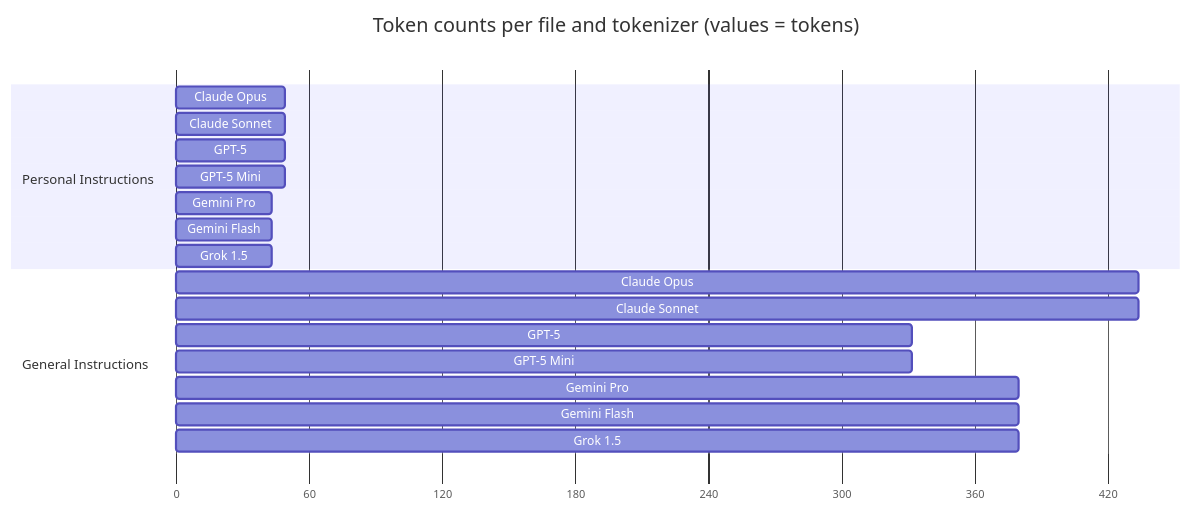
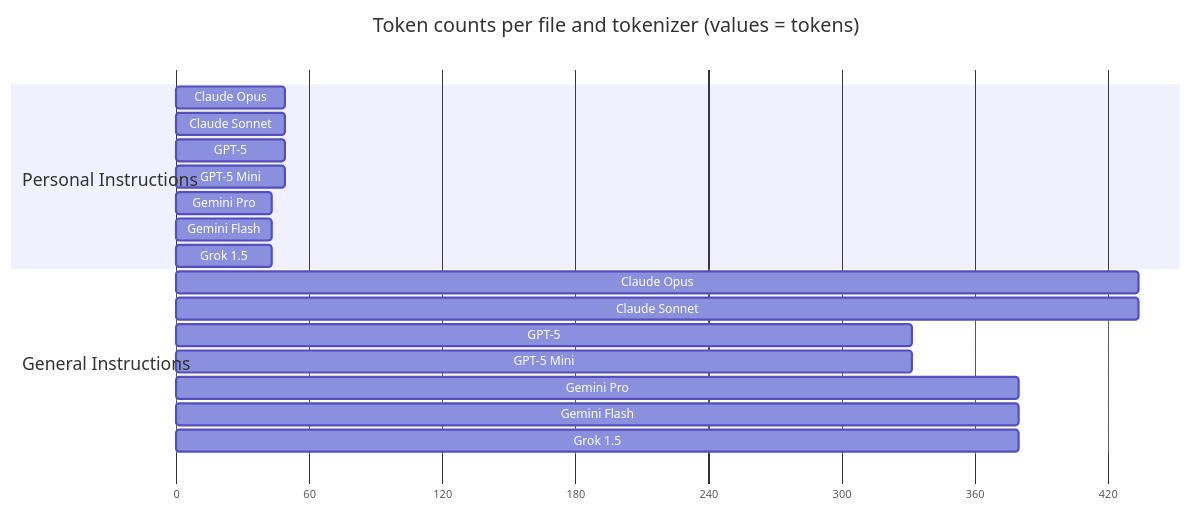
The diagram in languages/python/README.md (vodkar/vscode-copilot-prompts), drawn with Mermaid before and after one commit.

Commit message:
Updated font size

````diff
--- a/languages/python/README.md
+++ b/languages/python/README.md
@@ -7,26 +7,26 @@
 ```mermaid
-%%{init: {'gantt': {'leftPadding': 150, 'rightPadding': 75, 'topPadding': 75, 'fontSize': 11, 'sectionFontSize': 12}}}%%
+%%{init: {'gantt': {'leftPadding': 150, 'rightPadding': 75, 'topPadding': 75, 'fontSize': 11, 'sectionFontSize': 16}}}%%
 gantt
     title Token counts per file and tokenizer (values = tokens)
     dateFormat  X
     axisFormat  %s
 
     section Personal Instructions
     Claude Opus    : 0, 49
     Claude Sonnet  : 0, 49
     GPT-5          : 0, 49
     GPT-5 Mini     : 0, 49
     Gemini Pro     : 0, 43
     Gemini Flash   : 0, 43
     Grok 1.5       : 0, 43
 
     section General Instructions
     Claude Opus    : 0, 434
     Claude Sonnet  : 0, 434
     GPT-5          : 0, 332
     GPT-5 Mini     : 0, 332
     Gemini Pro     : 0, 380
     Gemini Flash   : 0, 380
     Grok 1.5       : 0, 380
 
 ```
````
